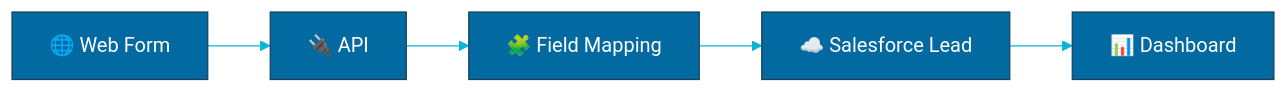
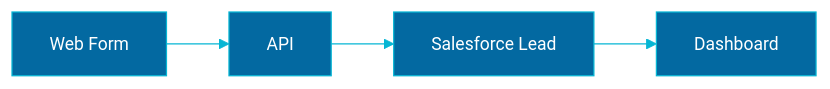
One commit to RohitKumarGupta10/RohitKumarGupta10 changed the diagram in README.md. Above: the diagram before and after it, drawn with Mermaid. The commit also changed other lines of this file, not shown here.

````diff
--- a/README.md
+++ b/README.md
@@ -100,8 +96,7 @@
 ```mermaid
-%%{init: {'theme':'base','themeVariables':{'primaryColor':'#0369A1','primaryTextColor':'#fff','lineColor':'#06B6D4'}}}%%
+%%{init: {'theme':'base','themeVariables':{'primaryColor':'#0369A1','primaryTextColor':'#ffffff','primaryBorderColor':'#06B6D4','lineColor':'#06B6D4','fontSize':'14px'}}}%%
 flowchart LR
-    A[🌐 Web Form] --> B[🔌 API]
-    B --> C[🧩 Field Mapping]
-    C --> D[☁️ Salesforce Lead]
-    D --> E[📊 Dashboard]
+    A[Web Form] --> B[API]
+    B --> C[Salesforce Lead]
+    C --> D[Dashboard]
 ```
````
